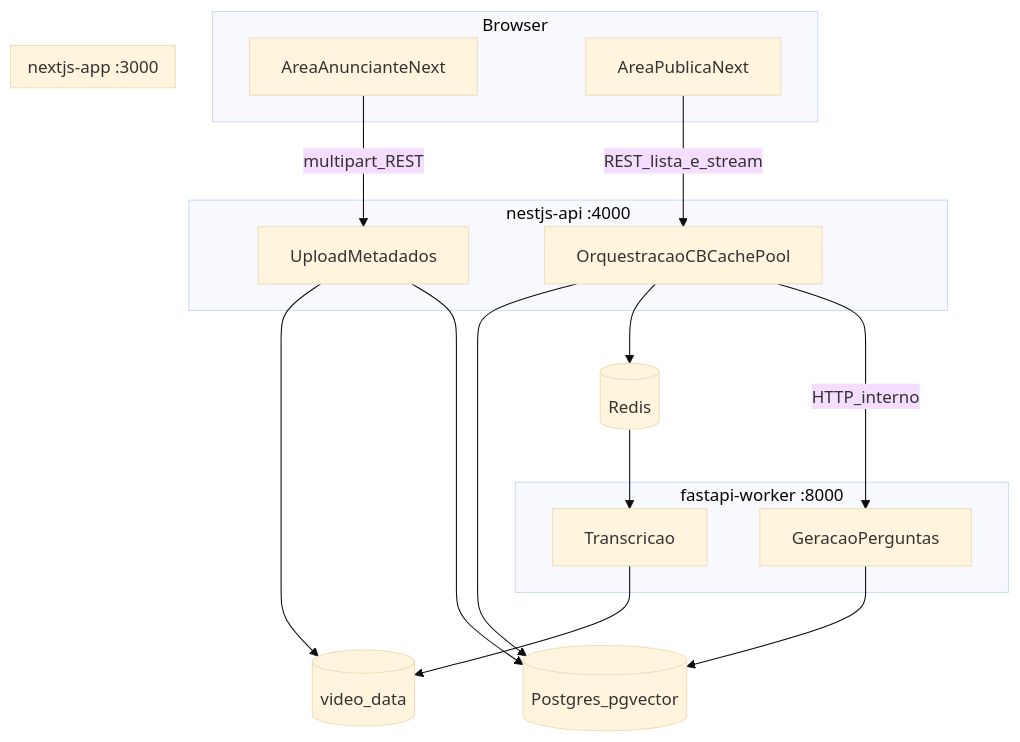
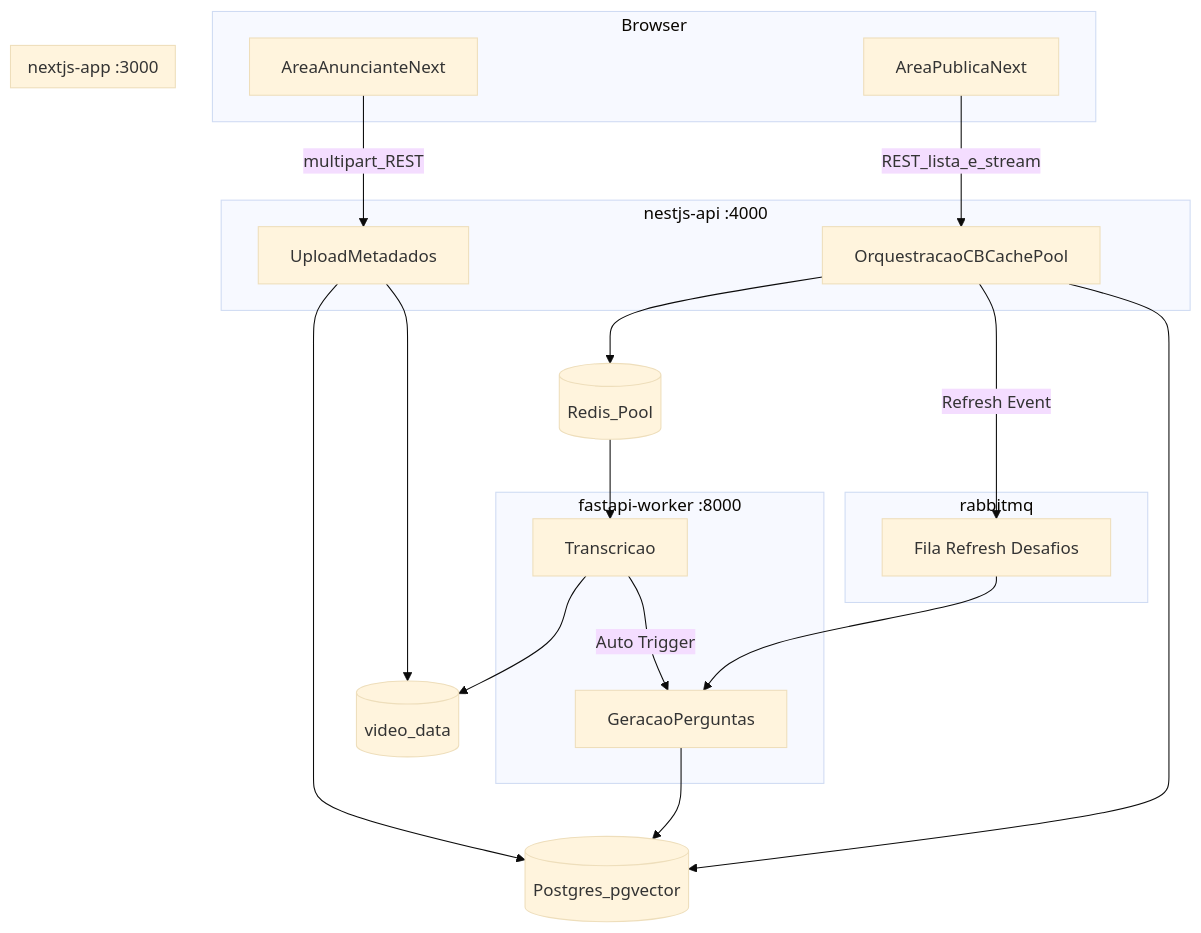
Before and after one commit to BertrandLira/EngSistDist---Projeto-Final: the diagram in docs/README.md, drawn with Mermaid (base theme). The commit also changed other lines of this file and 1 other file, not shown here.

````diff
--- a/docs/README.md
+++ b/docs/README.md
@@ -95,32 +99,37 @@
 ```mermaid
 flowchart TB
   subgraph browser [Browser]
     Adv[AreaAnuncianteNext]
     Pub[AreaPublicaNext]
   end
   subgraph next [nextjs-app :3000]
     Adv
     Pub
   end
   subgraph nest [nestjs-api :4000]
     Upload[UploadMetadados]
     Orch[OrquestracaoCBCachePool]
   end
   subgraph worker [fastapi-worker :8000]
     Tr[Transcricao]
     Q[GeracaoPerguntas]
   end
+  subgraph rabbit [rabbitmq]
+    RMQ[Fila Refresh Desafios]
+  end
   Vol[(video_data)]
   PG[(Postgres_pgvector)]
-  Redis[(Redis)]
+  Redis[(Redis_Pool)]
   Adv -->|multipart_REST| Upload
   Pub -->|REST_lista_e_stream| Orch
   Upload --> Vol
   Upload --> PG
   Tr --> Vol
+  Tr -->|Auto Trigger| Q
   Q --> PG
   Orch --> PG
   Orch --> Redis
   Redis --> Tr
-  Orch -->|HTTP_interno| Q
+  Orch -->|Refresh Event| RMQ
+  RMQ --> Q
 ```
````
